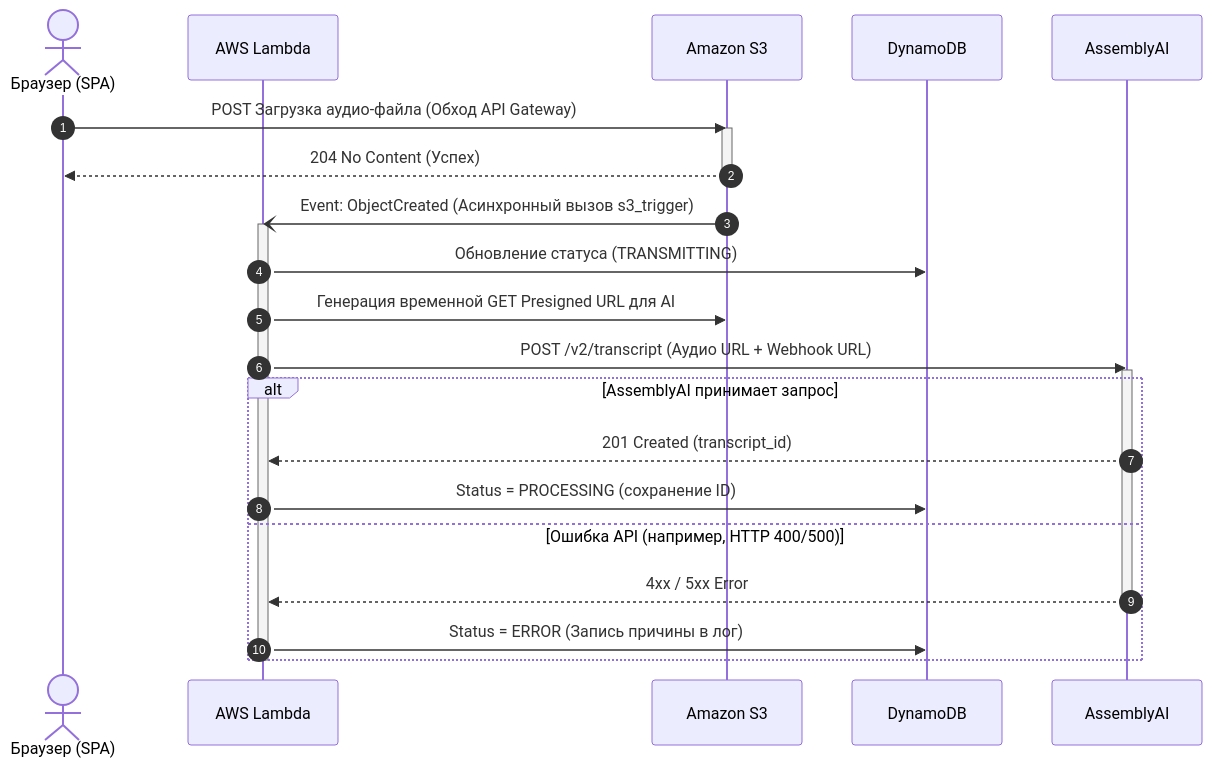
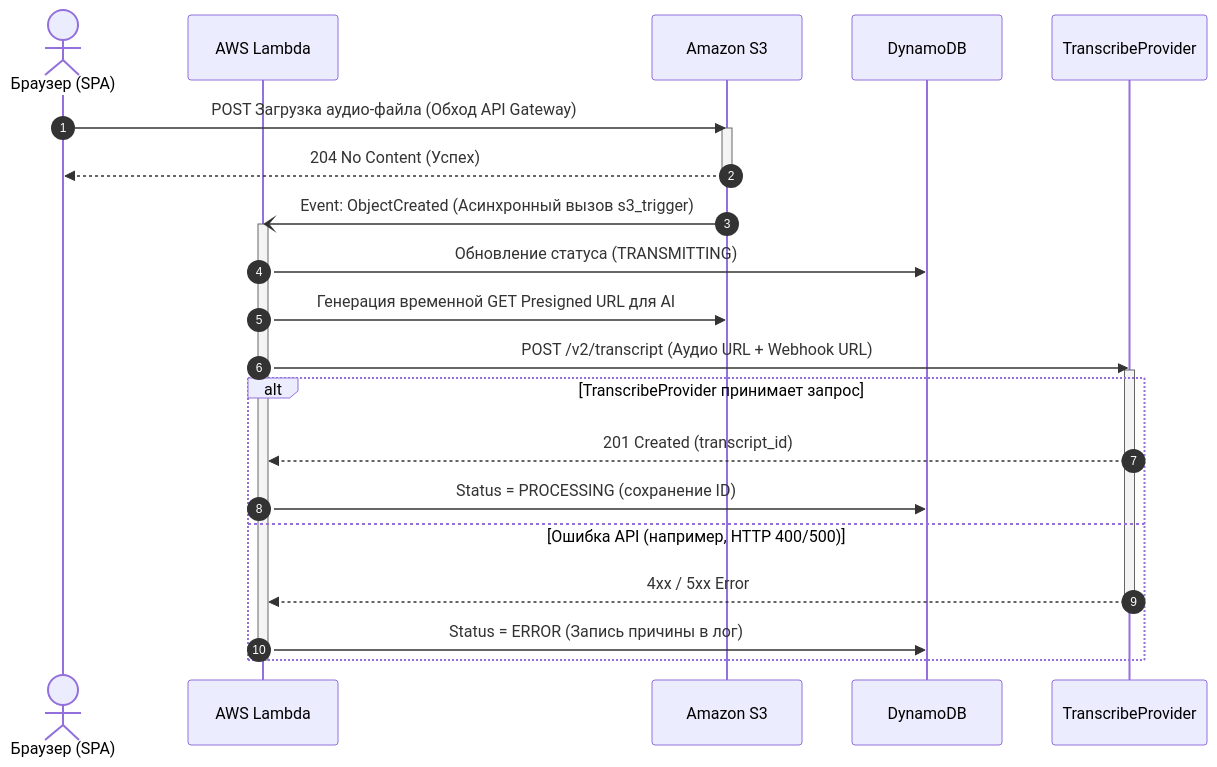
The third of 5 diagrams in docs/ru/projects/serverless_transcriber/06-architecture-and-integrations.md (flatura/portfolio), drawn with Mermaid before and after one commit. The commit also changed other lines of this file and 22 other files, not shown here.

Commit message:
Update serverless transcriber documentation: refine technology stack, enhance context and problem descriptions, clarify goals and requirements, and improve architecture and integration details.

````diff
--- a/docs/ru/projects/serverless_transcriber/06-architecture-and-integrations.md
+++ b/docs/ru/projects/serverless_transcriber/06-architecture-and-integrations.md
@@ -65,32 +65,32 @@
 ```mermaid
 sequenceDiagram
     autonumber
     
     actor U as Браузер (SPA)
     participant L as AWS Lambda
     participant S3 as Amazon S3
     participant DB as DynamoDB
-    participant AI as AssemblyAI
+    participant AI as TranscribeProvider
 
     U->>S3: POST Загрузка аудио-файла (Обход API Gateway)
     activate S3
     S3-->>U: 204 No Content (Успех)
     deactivate S3
     
     S3-)L: Event: ObjectCreated (Асинхронный вызов s3_trigger)
     activate L
     L->>DB: Обновление статуса (TRANSMITTING)
     L->>S3: Генерация временной GET Presigned URL для AI
     L->>AI: POST /v2/transcript (Аудио URL + Webhook URL)
     activate AI
-    alt AssemblyAI принимает запрос
+    alt TranscribeProvider принимает запрос
         AI-->>L: 201 Created (transcript_id)
         L->>DB: Status = PROCESSING (сохранение ID)
     else Ошибка API (например, HTTP 400/500)
         AI-->>L: 4xx / 5xx Error
         deactivate AI
         L->>DB: Status = ERROR (Запись причины в лог)
     end
     deactivate L
     
 ```
````
